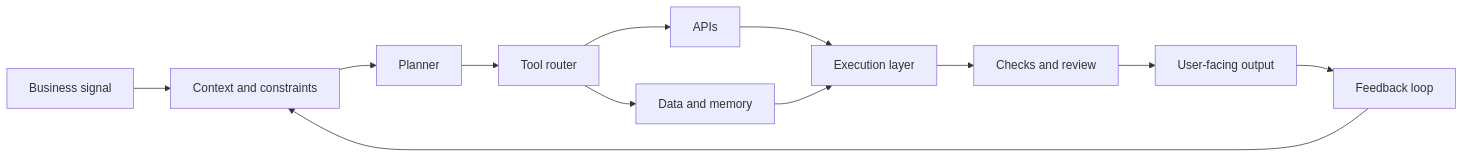
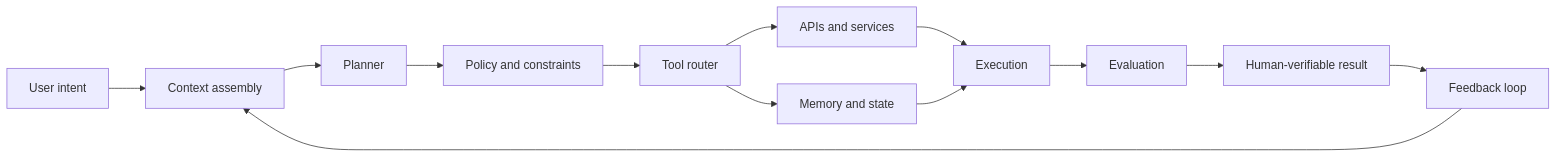
One commit to koushikreddyvayalpati/koushikreddyvayalpati changed the diagram in README.md. Above: the diagram before and after it, drawn with Mermaid. The commit also changed other lines of this file and 1 other file, not shown here.

````diff
--- a/README.md
+++ b/README.md
@@ -27,14 +26,15 @@
 ```mermaid
 flowchart LR
-    A[Business signal] --> B[Context and constraints]
+    A[User intent] --> B[Context assembly]
     B --> C[Planner]
-    C --> D[Tool router]
-    D --> E[APIs]
-    D --> F[Data and memory]
-    E --> G[Execution layer]
-    F --> G
-    G --> H[Checks and review]
-    H --> I[User-facing output]
-    I --> J[Feedback loop]
-    J --> B
+    C --> D[Policy and constraints]
+    D --> E[Tool router]
+    E --> F[APIs and services]
+    E --> G[Memory and state]
+    F --> H[Execution]
+    G --> H
+    H --> I[Evaluation]
+    I --> J[Human-verifiable result]
+    J --> K[Feedback loop]
+    K --> B
 ```
````
